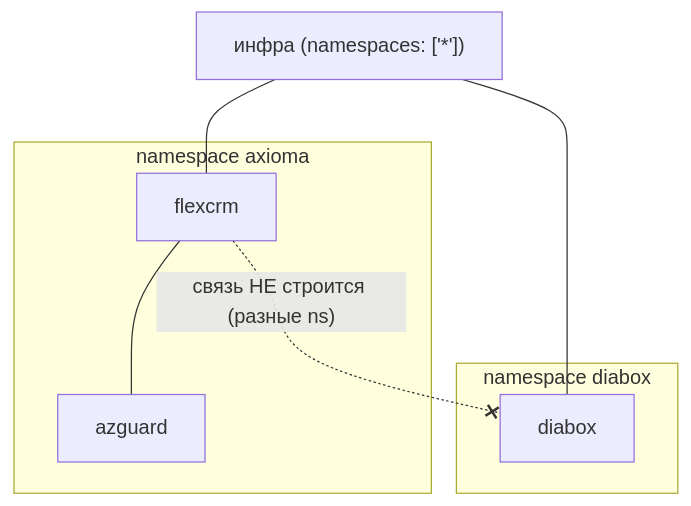
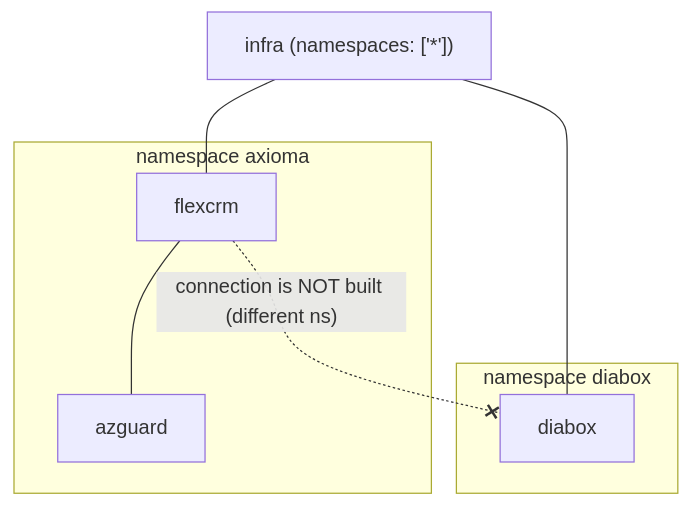
Before and after one commit to academici/swissknifeman: the fifth of 5 diagrams in packages/maind/docs/guide/design-notes.md, drawn with Mermaid. The commit also changed other lines of this file and 1553 other files, not shown here.

````diff
--- a/packages/maind/docs/guide/design-notes.md
+++ b/packages/maind/docs/guide/design-notes.md
@@ -154,14 +154,14 @@
 ```mermaid
 graph TB
   subgraph A["namespace axioma"]
     FX["flexcrm"]; AZ["azguard"]
   end
   subgraph D["namespace diabox"]
     DB["diabox"]
   end
-  INF["инфра (namespaces: ['*'])"]
+  INF["infra (namespaces: ['*'])"]
   FX --- AZ
-  FX -. "связь НЕ строится (разные ns)" .-x DB
+  FX -. "connection is NOT built (different ns)" .-x DB
   INF --- FX
   INF --- DB
 ```
````
